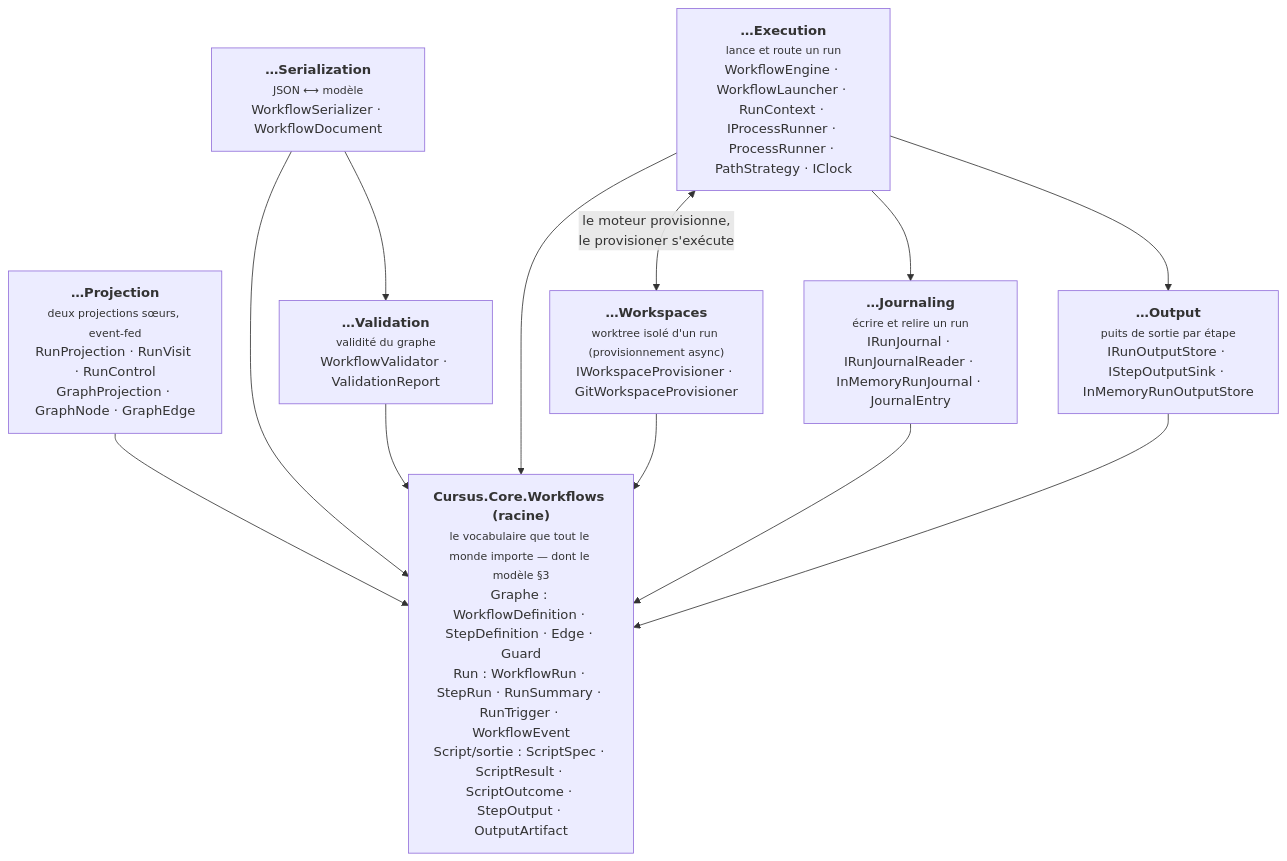
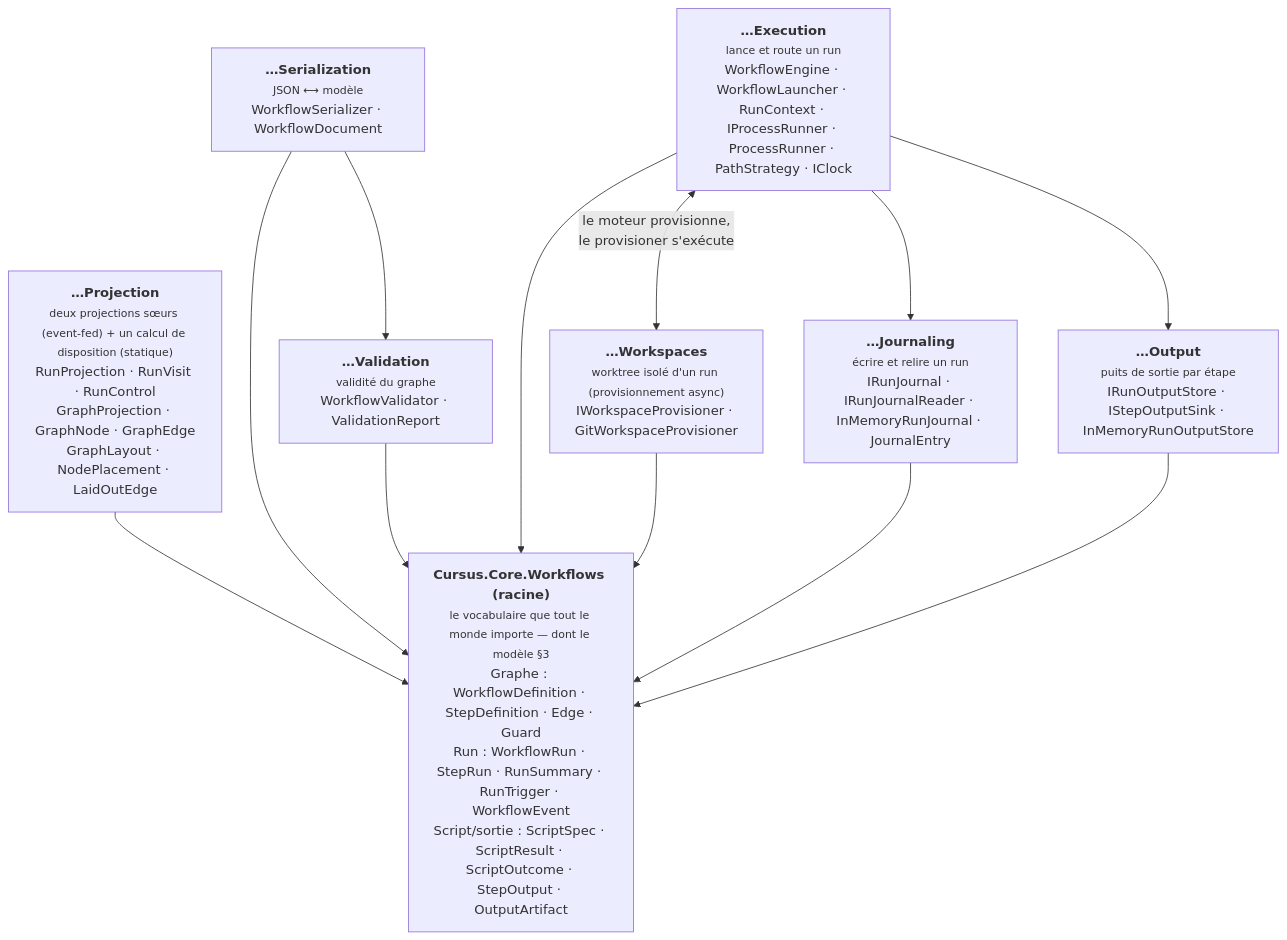
Before and after one commit to Apemb/Cursus: the fifth of 10 diagrams in docs/design/schemas.md, drawn with Mermaid. The commit also changed 4 other files, not shown here.

````diff
--- a/docs/design/schemas.md
+++ b/docs/design/schemas.md
@@ -295,24 +295,24 @@
 ```mermaid
 flowchart TB
   root["<b>Cursus.Core.Workflows (racine)</b><br/><small>le vocabulaire que tout le monde importe — dont le modèle §3</small><br/>Graphe : WorkflowDefinition · StepDefinition · Edge · Guard<br/>Run : WorkflowRun · StepRun · RunSummary · RunTrigger · WorkflowEvent<br/>Script/sortie : ScriptSpec · ScriptResult · ScriptOutcome · StepOutput · OutputArtifact"]
 
   Exec["<b>…Execution</b><br/><small>lance et route un run</small><br/>WorkflowEngine · WorkflowLauncher · RunContext · IProcessRunner · ProcessRunner · PathStrategy · IClock"]
-  Proj["<b>…Projection</b><br/><small>deux projections sœurs, event-fed</small><br/>RunProjection · RunVisit · RunControl<br/>GraphProjection · GraphNode · GraphEdge"]
+  Proj["<b>…Projection</b><br/><small>deux projections sœurs (event-fed) + un calcul de disposition (statique)</small><br/>RunProjection · RunVisit · RunControl<br/>GraphProjection · GraphNode · GraphEdge<br/>GraphLayout · NodePlacement · LaidOutEdge"]
   Ser["<b>…Serialization</b><br/><small>JSON ⟷ modèle</small><br/>WorkflowSerializer · WorkflowDocument"]
   Val["<b>…Validation</b><br/><small>validité du graphe</small><br/>WorkflowValidator · ValidationReport"]
   Jou["<b>…Journaling</b><br/><small>écrire et relire un run</small><br/>IRunJournal · IRunJournalReader · InMemoryRunJournal · JournalEntry"]
   Out["<b>…Output</b><br/><small>puits de sortie par étape</small><br/>IRunOutputStore · IStepOutputSink · InMemoryRunOutputStore"]
   Wsp["<b>…Workspaces</b><br/><small>worktree isolé d'un run (provisionnement async)</small><br/>IWorkspaceProvisioner · GitWorkspaceProvisioner"]
 
   Exec --> root
   Proj --> root
   Ser --> root
   Val --> root
   Jou --> root
   Out --> root
   Wsp --> root
   Ser --> Val
   Exec <-->|"le moteur provisionne,<br/>le provisioner s'exécute"| Wsp
   Exec --> Jou
   Exec --> Out
 ```
````
